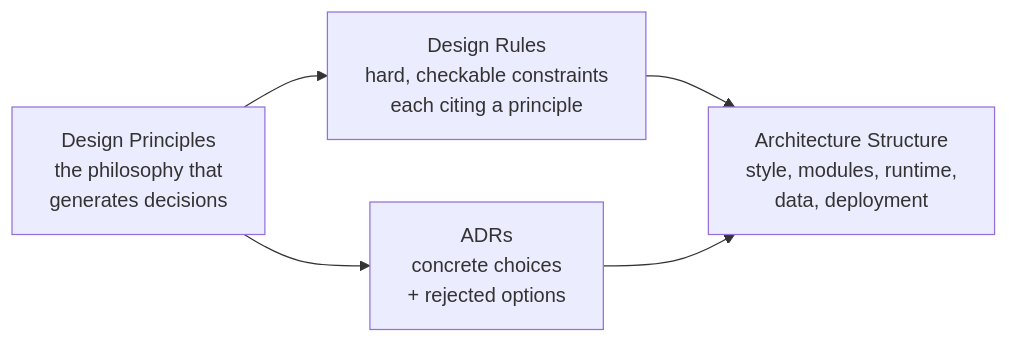
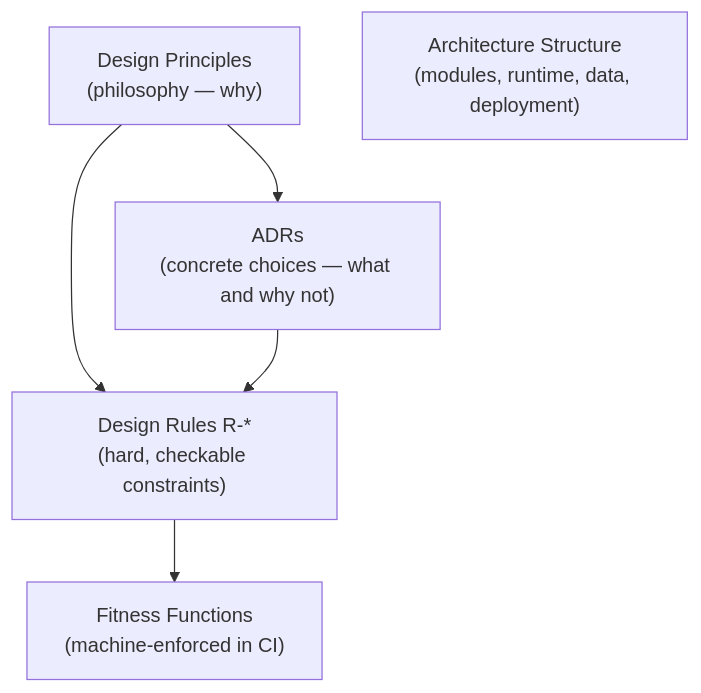
The third of 3 diagrams in src/content/docs/architecture/core-arch.md (stemolly/wiki), drawn with Mermaid before and after one commit. The commit also changed other lines of this file and 35 other files, not shown here.

````diff
--- a/src/content/docs/architecture/core-arch.md
+++ b/src/content/docs/architecture/core-arch.md
@@ -111,12 +92,13 @@
 ```mermaid
-graph LR
-    ADR["ADRs<br/>concrete choices<br/>+ rejected options"]
-    Principles["Design Principles<br/>the philosophy that<br/>generates decisions"]
-    Rules["Design Rules<br/>hard, checkable constraints<br/>each citing a principle"]
-    Structure["Architecture Structure<br/>style, modules, runtime,<br/>data, deployment"]
+flowchart TD
+    P["Design Principles<br/>(philosophy — why)"]
+    A["ADRs<br/>(concrete choices — what and why not)"]
+    R["Design Rules R-*<br/>(hard, checkable constraints)"]
+    S["Architecture Structure<br/>(modules, runtime, data, deployment)"]
+    FF["Fitness Functions<br/>(machine-enforced in CI)"]
 
-    Principles --> ADR
-    Principles --> Rules
-    Rules --> Structure
-    ADR --> Structure
+    P --> A
+    P --> R
+    R --> FF
+    A --> R
 ```
````
